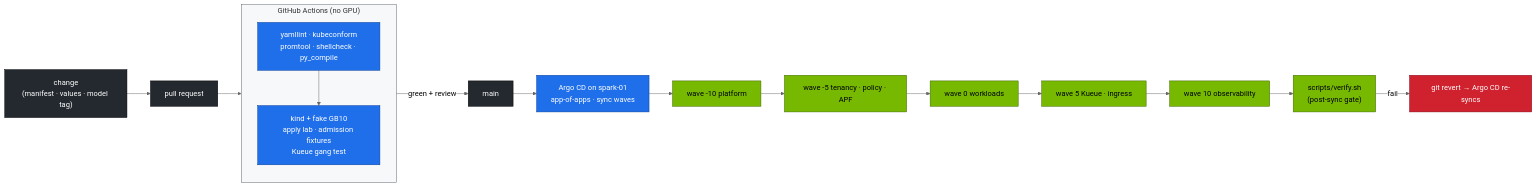
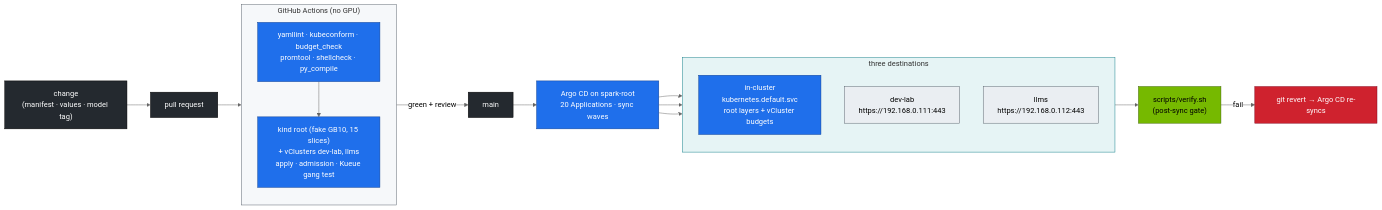
One commit to cloudone365/technical-depth changed the diagram in 02 Kubernetes/production-mlops.md. Above: the diagram before and after it, drawn with Mermaid (neutral theme). The commit also changed other lines of this file and 53 other files, not shown here.

First line of the commit message:
Rewrite 01 Ansible and 02 Kubernetes volumes for the kubeadm root + two vClusters

````diff
--- a/02 Kubernetes/production-mlops.md
+++ b/02 Kubernetes/production-mlops.md
@@ -16,24 +17,33 @@
 ```mermaid
 flowchart LR
   DEV["change<br/>(manifest · values · model tag)"] --> PR["pull request"]
   subgraph CI["GitHub Actions (no GPU)"]
     direction TB
-    S1["yamllint · kubeconform<br/>promtool · shellcheck · py_compile"]
-    S2["kind + fake GB10<br/>apply lab · admission fixtures<br/>Kueue gang test"]
+    S1["yamllint · kubeconform · budget_check<br/>promtool · shellcheck · py_compile"]
+    S2["kind root (fake GB10, 15 slices)<br/>+ vClusters dev-lab, llms<br/>apply · admission · Kueue gang test"]
     S1 --> S2
   end
   PR --> CI -->|green + review| MAIN["main"]
-  MAIN --> ARGO["Argo CD on spark-01<br/>app-of-apps · sync waves"]
-  ARGO --> W1["wave -10 platform"] --> W2["wave -5 tenancy · policy · APF"] --> W3["wave 0 workloads"] --> W4["wave 5 Kueue · ingress"] --> W5["wave 10 observability"]
-  W5 --> VER["scripts/verify.sh<br/>(post-sync gate)"]
+  MAIN --> ARGO["Argo CD on spark-root<br/>20 Applications · sync waves"]
+  subgraph DEST["three destinations"]
+    direction TB
+    R["in-cluster<br/>kubernetes.default.svc<br/>root layers + vCluster budgets"]
+    D["dev-lab<br/>https://192.168.0.111:443"]
+    L["llms<br/>https://192.168.0.112:443"]
+  end
+  ARGO --> R & D & L
+  DEST --> VER["scripts/verify.sh<br/>(post-sync gate)"]
   VER -->|fail| RB["git revert → Argo CD re-syncs"]
   classDef ctrl fill:#1f6feb,stroke:#0b3d91,color:#fff
   classDef gpu fill:#76b900,stroke:#3d6000,color:#000
   classDef sec fill:#cf222e,stroke:#82071e,color:#fff
   classDef ext fill:#24292f,stroke:#000,color:#fff
-  class S1,S2,ARGO ctrl
-  class W1,W2,W3,W4,W5,VER gpu
+  classDef tenant fill:#eaeef2,stroke:#57606a,color:#000
+  class S1,S2,ARGO,R ctrl
+  class D,L tenant
+  class VER gpu
   class RB sec
   class DEV,PR,MAIN ext
   style CI fill:#f6f8fa,stroke:#57606a
+  style DEST fill:#e6f4f5,stroke:#0e7c86
 ```
````
